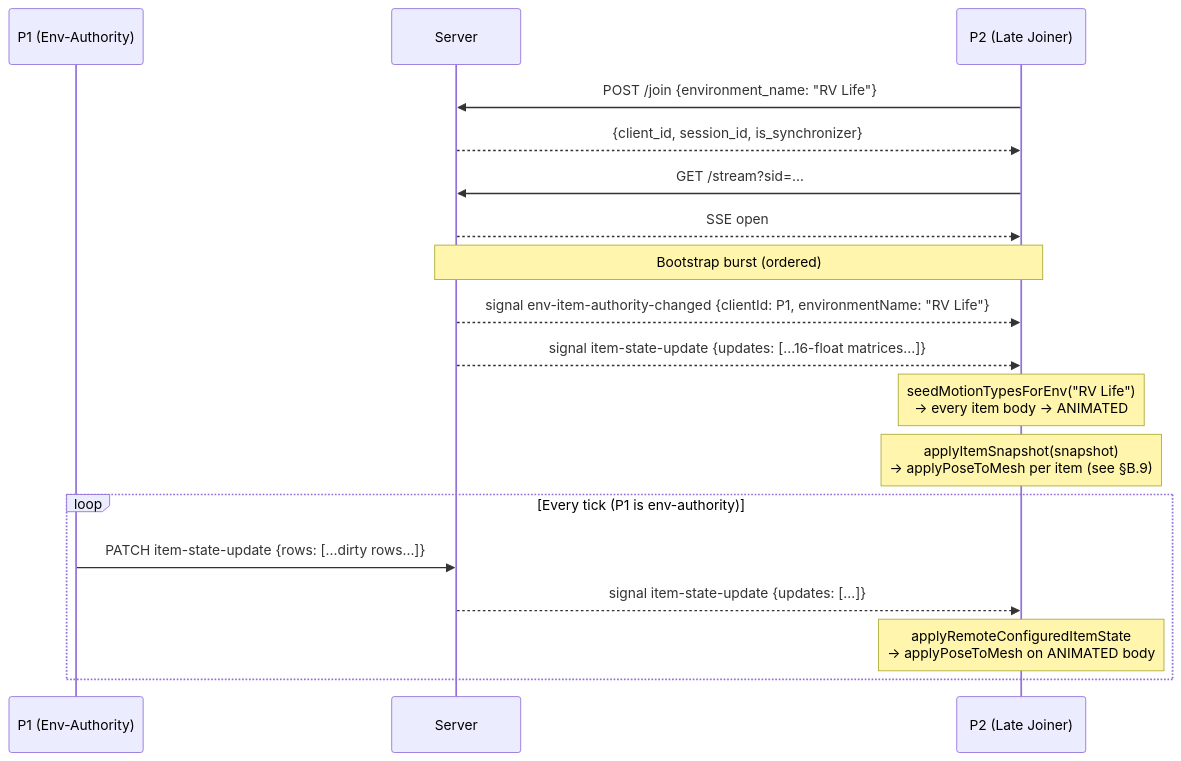
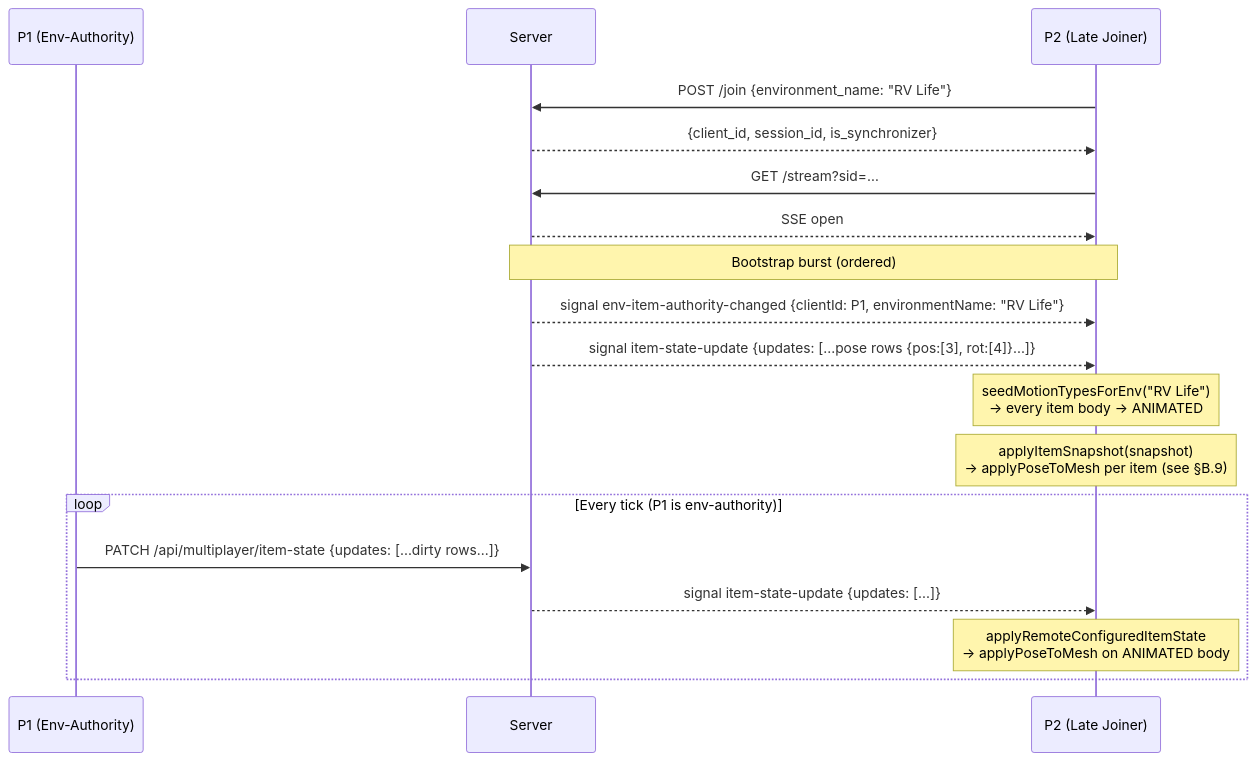
The fourth of 14 diagrams in MULTIPLAYER_SYNCH.md (xqctPeepo/babylon-game-starter), drawn with Mermaid before and after one commit. The commit also changed other lines of this file and 12 other files, not shown here.

````diff
--- a/MULTIPLAYER_SYNCH.md
+++ b/MULTIPLAYER_SYNCH.md
@@ -965,25 +1011,25 @@
 ```mermaid
 sequenceDiagram
   participant P1 as P1 (Env-Authority)
   participant S  as Server
   participant P2 as P2 (Late Joiner)
 
   P2->>S: POST /join  {environment_name: "RV Life"}
   S-->>P2: {client_id, session_id, is_synchronizer}
 
   P2->>S: GET /stream?sid=…
   S-->>P2: SSE open
 
   Note over S,P2: Bootstrap burst (ordered)
   S-->>P2: signal env-item-authority-changed  {clientId: P1, environmentName: "RV Life"}
-  S-->>P2: signal item-state-update  {updates: [...16-float matrices...]}
+  S-->>P2: signal item-state-update  {updates: [...pose rows {pos:[3], rot:[4]}...]}
 
   Note over P2: seedMotionTypesForEnv("RV Life")<br/>→ every item body → ANIMATED
   Note over P2: applyItemSnapshot(snapshot)<br/>→ applyPoseToMesh per item (see §B.9)
 
   loop Every tick (P1 is env-authority)
-    P1->>S: PATCH item-state-update  {rows: [...dirty rows...]}
+    P1->>S: PATCH /api/multiplayer/item-state  {updates: [...dirty rows...]}
     S-->>P2: signal item-state-update  {updates: [...]}
     Note over P2: applyRemoteConfiguredItemState<br/>→ applyPoseToMesh on ANIMATED body
   end
 ```
````
